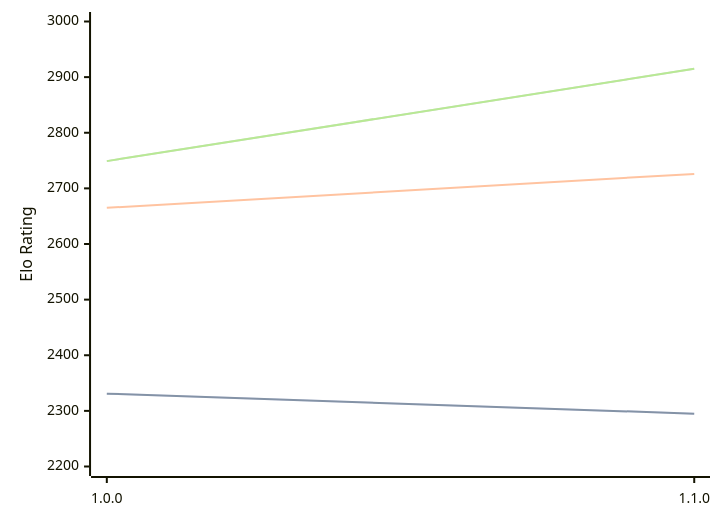
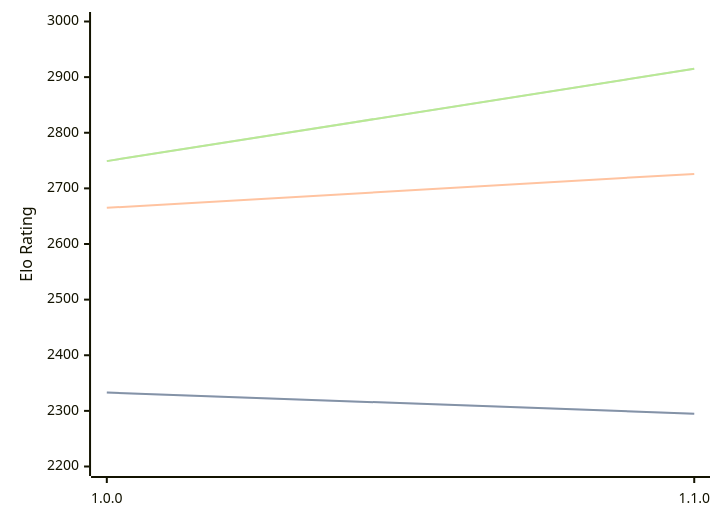
The diagram in engines/ShallowGuess.md (computer-chess-index/cci), drawn with Mermaid before and after one commit. The commit also changed other lines of this file, not shown here.

````diff
--- a/engines/ShallowGuess.md
+++ b/engines/ShallowGuess.md
@@ -32,11 +32,11 @@
 ```mermaid
 %%{init: {"theme":"base","themeVariables":{"seriesColors:['#a3a3a3','#222221','#faa371']}}}%%
 xychart-beta
   x-axis ["1.0.0", "1.1.0"]
   y-axis "Elo Rating" 2200 --> 3000
-  line "" [2331, 2295]
-  line "STC (8.0+0.08s)" [2331, 2295]
+  line "" [2333, 2295]
+  line "STC (8.0+0.08s)" [2333, 2295]
   line "LTC (60.0+0.60s)" [2665, 2726]
   line "" [2749, 2915]
   line "VLTC (2m24s+1.12s)" [2749, 2915]
 ```
````
